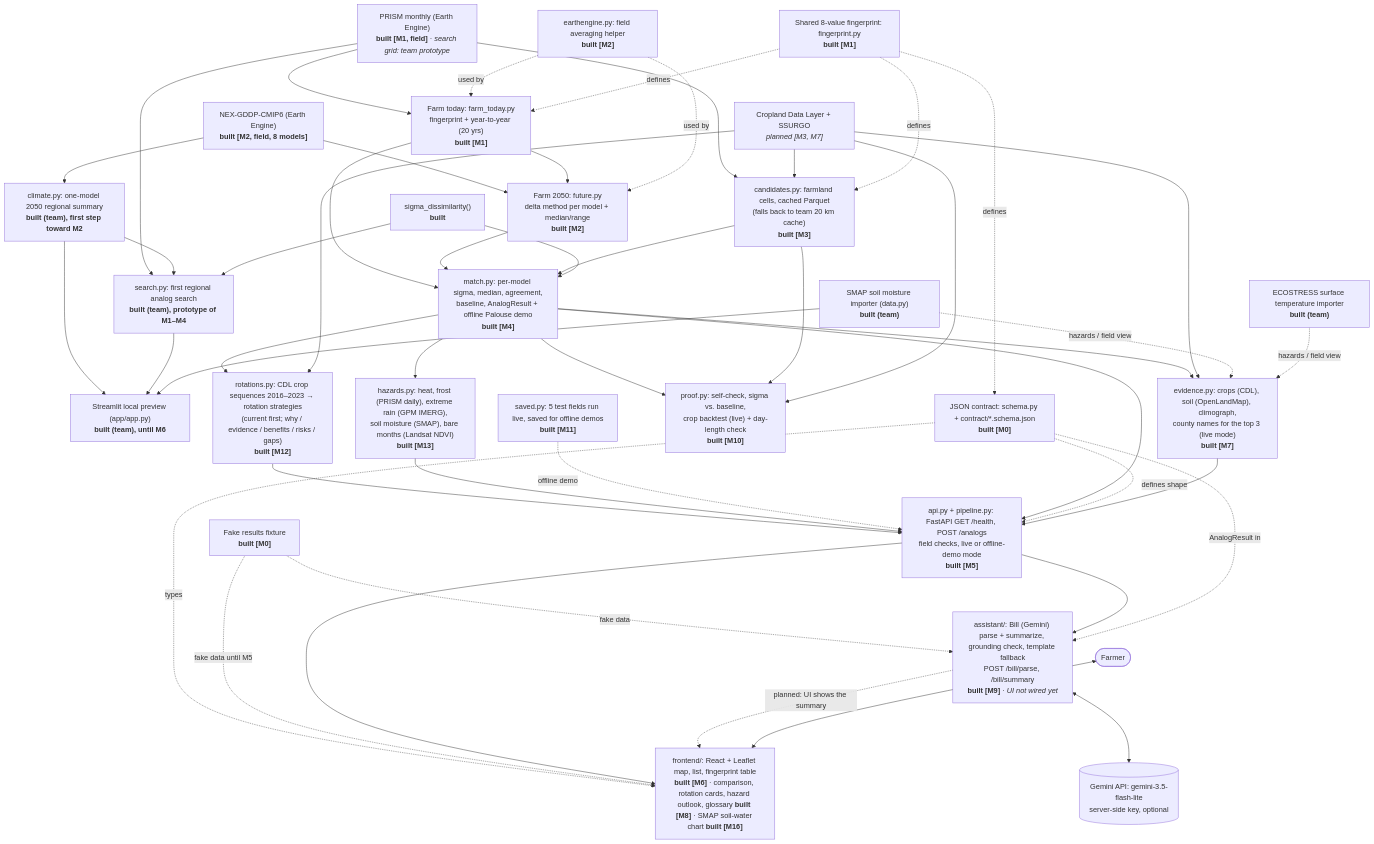
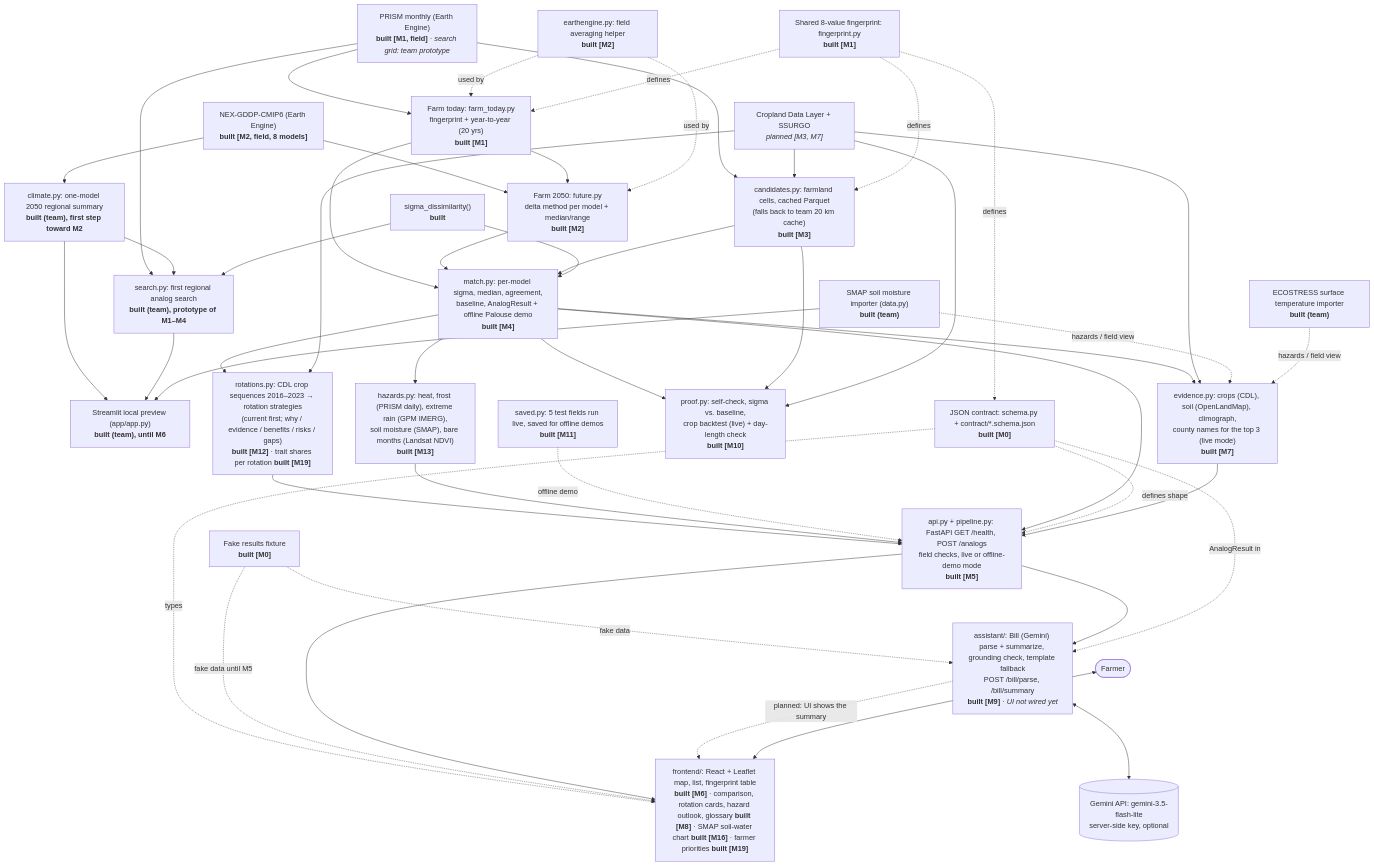
Before and after one commit to trafwel/farm-analog: the diagram in docs/ARCHITECTURE.md, drawn with Mermaid. The commit also changed other lines of this file and 24 other files, not shown here.

First line of the commit message:
M19: Farmer priorities for rotation options

````diff
--- a/docs/ARCHITECTURE.md
+++ b/docs/ARCHITECTURE.md
@@ -7,79 +7,79 @@
 ```mermaid
 flowchart TD
     PRISM["PRISM monthly (Earth Engine)<br/><b>built [M1, field]</b> · <i>search grid: team prototype</i>"]
     CMIP["NEX-GDDP-CMIP6 (Earth Engine)<br/><b>built [M2, field, 8 models]</b>"]
     CDL["Cropland Data Layer + SSURGO<br/><i>planned [M3, M7]</i>"]
     SMAP["SMAP soil moisture importer (data.py)<br/><b>built (team)</b>"]
     ECO["ECOSTRESS surface temperature importer<br/><b>built (team)</b>"]
     CLIM["climate.py: one-model 2050 regional summary<br/><b>built (team), first step toward M2</b>"]
     PREVIEW["Streamlit local preview (app/app.py)<br/><b>built (team), until M6</b>"]
     SEARCH["search.py: first regional analog search<br/><b>built (team), prototype of M1–M4</b>"]
 
     FT["Farm today: farm_today.py<br/>fingerprint + year-to-year (20 yrs)<br/><b>built [M1]</b>"]
     FPRINT["Shared 8-value fingerprint: fingerprint.py<br/><b>built [M1]</b>"]
     F50["Farm 2050: future.py<br/>delta method per model + median/range<br/><b>built [M2]</b>"]
     EEH["earthengine.py: field averaging helper<br/><b>built [M2]</b>"]
     CAND["candidates.py: farmland cells, cached Parquet<br/>(falls back to team 20 km cache)<br/><b>built [M3]</b>"]
     SIGMA["sigma_dissimilarity()<br/><b>built</b>"]
     MATCH["match.py: per-model sigma, median, agreement,<br/>baseline, AnalogResult + offline Palouse demo<br/><b>built [M4]</b>"]
     SAVED["saved.py: 5 test fields run live, saved for offline demos<br/><b>built [M11]</b>"]
-    ROT["rotations.py: CDL crop sequences 2016–2023 → rotation strategies<br/>(current first; why / evidence / benefits / risks / gaps)<br/><b>built [M12]</b>"]
+    ROT["rotations.py: CDL crop sequences 2016–2023 → rotation strategies<br/>(current first; why / evidence / benefits / risks / gaps)<br/><b>built [M12]</b> · trait shares per rotation <b>built [M19]</b>"]
     HAZ["hazards.py: heat, frost (PRISM daily), extreme rain (GPM IMERG),<br/>soil moisture (SMAP), bare months (Landsat NDVI)<br/><b>built [M13]</b>"]
     PROOF["proof.py: self-check, sigma vs. baseline,<br/>crop backtest (live) + day-length check<br/><b>built [M10]</b>"]
     EVID["evidence.py: crops (CDL), soil (OpenLandMap), climograph,<br/>county names for the top 3 (live mode)<br/><b>built [M7]</b>"]
 
     CONTRACT["JSON contract: schema.py + contract/*.schema.json<br/><b>built [M0]</b>"]
     FIX["Fake results fixture<br/><b>built [M0]</b>"]
     API["api.py + pipeline.py: FastAPI GET /health, POST /analogs<br/>field checks, live or offline-demo mode<br/><b>built [M5]</b>"]
-    UI["frontend/: React + Leaflet map, list, fingerprint table<br/><b>built [M6]</b> · comparison, rotation cards, hazard outlook, glossary <b>built [M8]</b> · SMAP soil-water chart <b>built [M16]</b>"]
+    UI["frontend/: React + Leaflet map, list, fingerprint table<br/><b>built [M6]</b> · comparison, rotation cards, hazard outlook, glossary <b>built [M8]</b> · SMAP soil-water chart <b>built [M16]</b> · farmer priorities <b>built [M19]</b>"]
     BILL["assistant/: Bill (Gemini) parse + summarize, grounding check, template fallback<br/>POST /bill/parse, /bill/summary<br/><b>built [M9]</b> · <i>UI not wired yet</i>"]
     GEMINI[("Gemini API: gemini-3.5-flash-lite<br/>server-side key, optional")]
     FARMER(["Farmer"])
 
     PRISM --> FT
     PRISM --> CAND
     CMIP --> F50
     FT --> F50
     CDL --> CAND
     FT --> MATCH
     F50 --> MATCH
     CAND --> MATCH
     SIGMA --> MATCH
     MATCH --> EVID
     MATCH --> PROOF
     MATCH --> ROT
     CDL --> ROT
     MATCH --> HAZ
     ROT --> API
     HAZ --> API
     SAVED -. offline demo .-> API
     CAND --> PROOF
     CDL --> PROOF
     CDL --> EVID
     MATCH --> API
     EEH -. used by .-> FT
     EEH -. used by .-> F50
     FPRINT -. defines .-> FT
     FPRINT -. defines .-> CAND
     FPRINT -. defines .-> CONTRACT
     CMIP --> CLIM
     CLIM --> PREVIEW
     PRISM --> SEARCH
     CLIM --> SEARCH
     SIGMA --> SEARCH
     SEARCH --> PREVIEW
     SMAP --> PREVIEW
     SMAP -. hazards / field view .-> EVID
     ECO -. hazards / field view .-> EVID
     CONTRACT -. defines shape .-> API
     CONTRACT -. types .-> UI
     FIX -. fake data until M5 .-> UI
     FIX -. fake data .-> BILL
     EVID --> API
     API --> UI
     API --> BILL
     BILL -. planned: UI shows the summary .-> UI
     BILL <--> GEMINI
     CONTRACT -. AnalogResult in .-> BILL
     FARMER <--> UI
 ```
````
